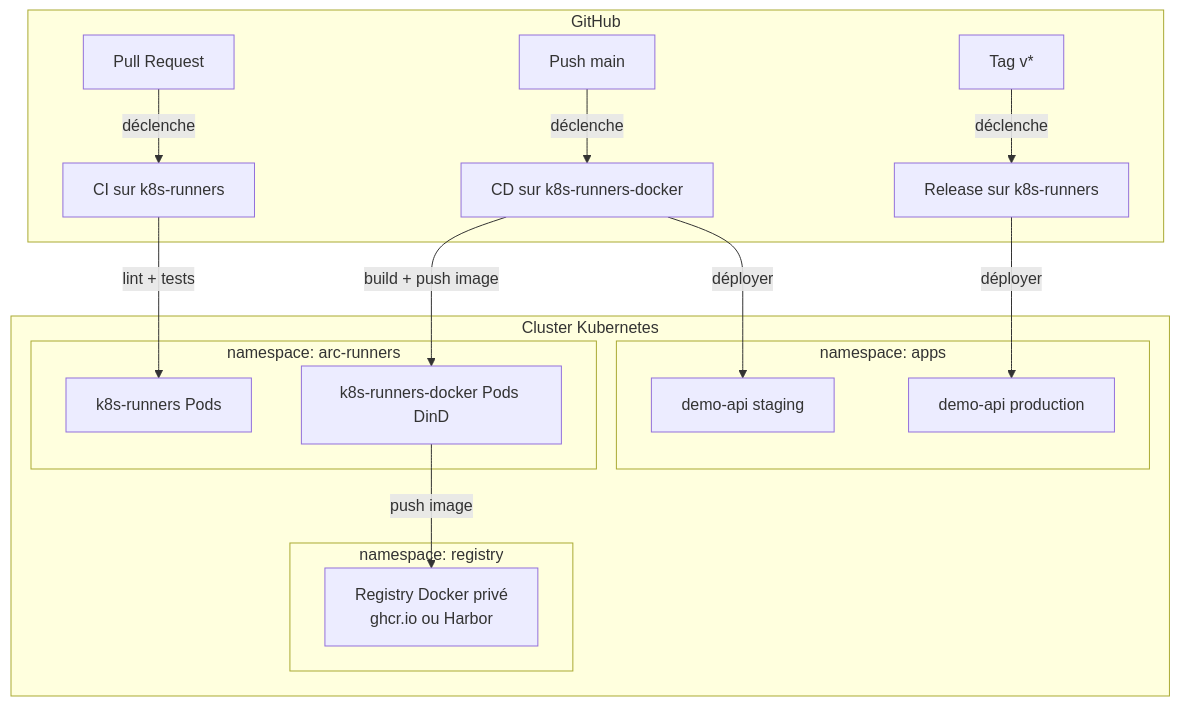
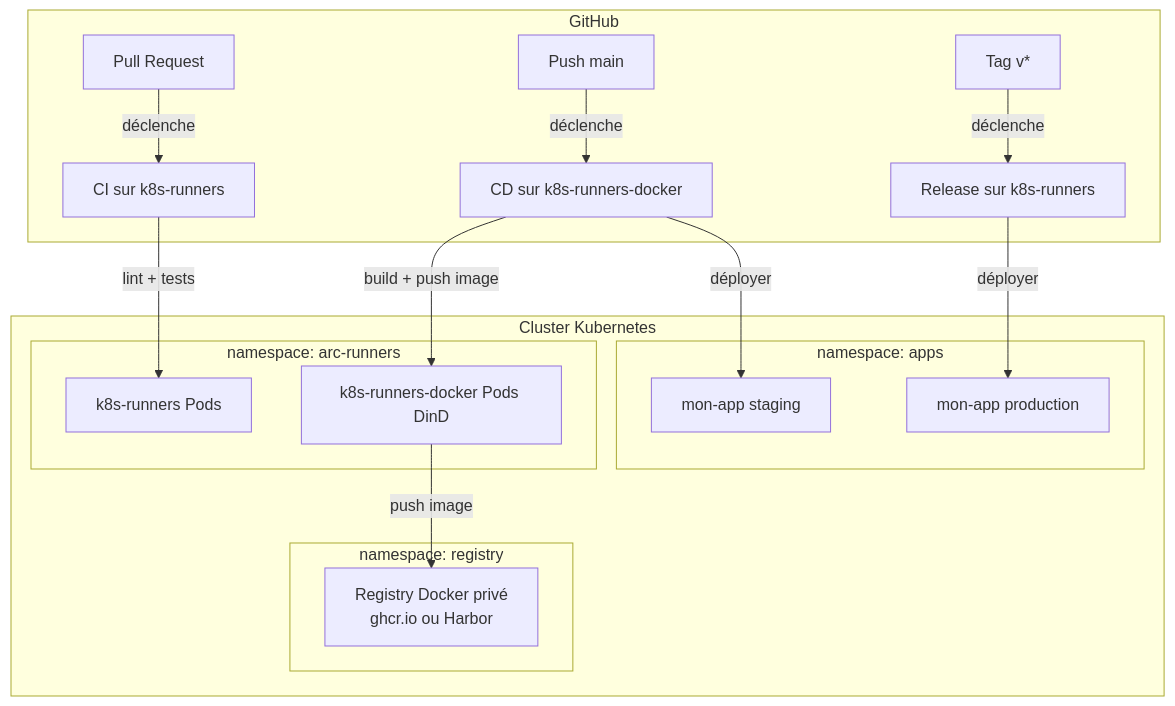
The first of 2 diagrams in content/runners-kubernetes/pipeline-complet.md (gpeyet-learning/guide-github-actions), drawn with Mermaid before and after one commit. The commit also changed other lines of this file and 14 other files, not shown here.

Commit message:
content(github-actions): redesign fil rouge — mon-app, Docker-centric, 5-language CI

````diff
--- a/content/runners-kubernetes/pipeline-complet.md
+++ b/content/runners-kubernetes/pipeline-complet.md
@@ -10,28 +10,28 @@
 ```mermaid
 graph TD
     subgraph "GitHub"
         PR[Pull Request] -->|déclenche| CI[CI sur k8s-runners]
         PUSH[Push main] -->|déclenche| CD[CD sur k8s-runners-docker]
         TAG[Tag v*] -->|déclenche| REL[Release sur k8s-runners]
     end
 
     subgraph "Cluster Kubernetes"
         subgraph "namespace: arc-runners"
             R1[k8s-runners Pods]
             R2[k8s-runners-docker Pods DinD]
         end
         subgraph "namespace: apps"
-            STAGING[demo-api staging]
-            PROD[demo-api production]
+            STAGING[mon-app staging]
+            PROD[mon-app production]
         end
         subgraph "namespace: registry"
             REG[Registry Docker privé<br/>ghcr.io ou Harbor]
         end
     end
 
     CI -->|lint + tests| R1
     CD -->|build + push image| R2
     CD -->|déployer| STAGING
     REL -->|déployer| PROD
     R2 -->|push image| REG
 ```
````
